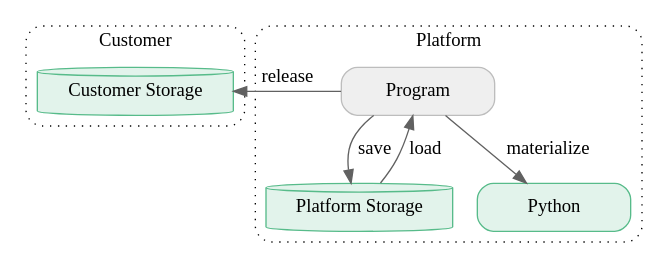
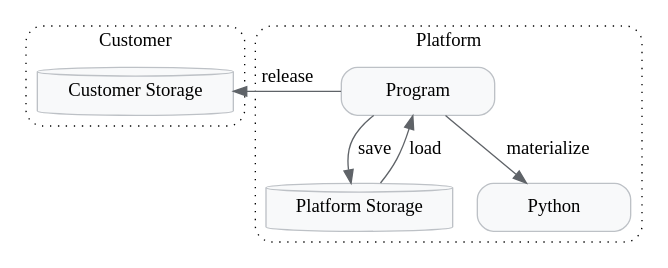
Before and after one commit to google-parfait/federated-language: the diagram in docs/program/concepts.dot, drawn with Graphviz. The commit also changed 10 other files, not shown here.

```diff
--- a/docs/program/concepts.dot
+++ b/docs/program/concepts.dot
@@ -1,40 +1,40 @@
 // Copyright 2024 Google LLC
 //
 // Licensed under the Apache License, Version 2.0 (the "License");
 // you may not use this file except in compliance with the License.
 // You may obtain a copy of the License at
 //
 //      https://www.apache.org/licenses/LICENSE-2.0
 //
 // Unless required by applicable law or agreed to in writing, software
 // distributed under the License is distributed on an "AS IS" BASIS,
 // WITHOUT WARRANTIES OR CONDITIONS OF ANY KIND, either express or implied.
 // See the License for the specific language governing permissions and
 // limitations under the License.
 
 digraph {
   graph [style="dotted,rounded"]
-  node [color="#bdbdbd", fillcolor="#efefef", shape="box", style="rounded,filled", width="1.6"]
-  edge [color="#616161"]
+  node [color="#bdc1c6", fillcolor="#f8f9fa", shape="box", style="rounded,filled", width="1.6"]
+  edge [color="#5f6368"]
   newrank=true
 
   subgraph cluster_core_customer {
     graph [label="Customer"]
-    customer_storage [label="Customer Storage", href="#customer-storage" target="_parent", color="#57bb8a", fillcolor="#e2f3eb", shape="cylinder", style="filled"]
+    customer_storage [label="Customer Storage", href="#customer-storage" target="_parent", shape="cylinder", style="filled"]
   }
 
   subgraph cluster_core_platform {
     graph [label="Platform"]
     program [label="Program", href="#program" target="_parent"]
-    platform_storage [label="Platform Storage", href="#platform-storage" target="_parent", color="#57bb8a", fillcolor="#e2f3eb", shape="cylinder", style="filled"]
-    python [label="Python", color="#57bb8a", fillcolor="#e2f3eb"]
+    platform_storage [label="Platform Storage", href="#platform-storage" target="_parent", shape="cylinder", style="filled"]
+    python [label="Python"]
   }
 
   program -> platform_storage [label="save"]
   program -> platform_storage [label="load", dir="back"]
   customer_storage -> program [label="release", href="#release" target="_parent", dir="back"]
   program -> python [label="materialize", href="#materialize" target="_parent"]
 
   {rank=same; customer_storage, program}
   {rank=same; platform_storage, python}
 }
```
